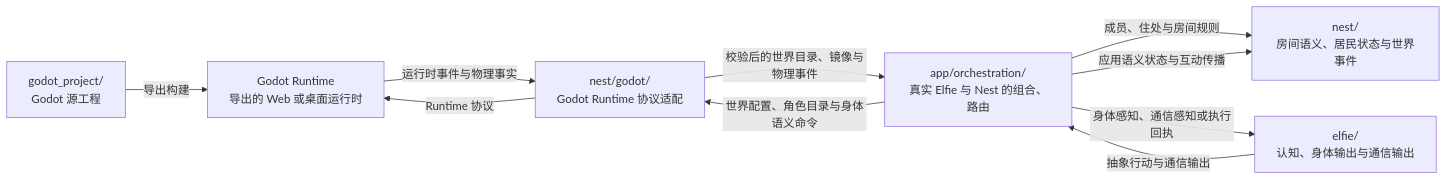
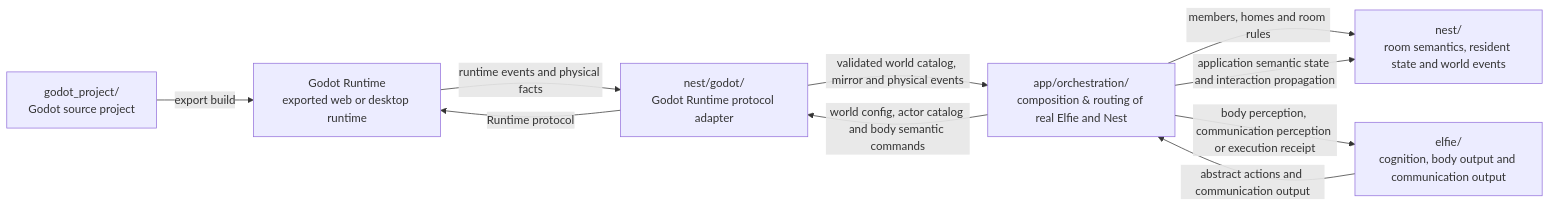
The diagram in docs/developer/architecture.md (elfie-univ/ElfieNest), drawn with Mermaid before and after one commit. The commit also changed other lines of this file and 78 other files, not shown here.

````diff
--- a/docs/developer/architecture.md
+++ b/docs/developer/architecture.md
@@ -56,19 +63,19 @@
 ```mermaid
 flowchart LR
-    Source["godot_project/<br/>Godot 源工程"]
-    Runtime["Godot Runtime<br/>导出的 Web 或桌面运行时"]
-    Elfie["elfie/<br/>认知、身体输出与通信输出"]
-    Orchestration["app/orchestration/<br/>真实 Elfie 与 Nest 的组合、路由"]
-    Nest["nest/<br/>房间语义、居民状态与世界事件"]
-    Adapter["nest/godot/<br/>Godot Runtime 协议适配"]
+    Source["godot_project/<br/>Godot source project"]
+    Runtime["Godot Runtime<br/>exported web or desktop runtime"]
+    Elfie["elfie/<br/>cognition, body output and communication output"]
+    Orchestration["app/orchestration/<br/>composition & routing of real Elfie and Nest"]
+    Nest["nest/<br/>room semantics, resident state and world events"]
+    Adapter["nest/godot/<br/>Godot Runtime protocol adapter"]
 
-    Source -->|"导出构建"| Runtime
-    Elfie -->|"抽象行动与通信输出"| Orchestration
-    Orchestration -->|"成员、住处与房间规则"| Nest
-    Orchestration -->|"世界配置、角色目录与身体语义命令"| Adapter
-    Adapter -->|"Runtime 协议"| Runtime
-    Runtime -->|"运行时事件与物理事实"| Adapter
-    Adapter -->|"校验后的世界目录、镜像与物理事件"| Orchestration
-    Orchestration -->|"应用语义状态与互动传播"| Nest
-    Orchestration -->|"身体感知、通信感知或执行回执"| Elfie
+    Source -->|"export build"| Runtime
+    Elfie -->|"abstract actions and communication output"| Orchestration
+    Orchestration -->|"members, homes and room rules"| Nest
+    Orchestration -->|"world config, actor catalog and body semantic commands"| Adapter
+    Adapter -->|"Runtime protocol"| Runtime
+    Runtime -->|"runtime events and physical facts"| Adapter
+    Adapter -->|"validated world catalog, mirror and physical events"| Orchestration
+    Orchestration -->|"application semantic state and interaction propagation"| Nest
+    Orchestration -->|"body perception, communication perception or execution receipt"| Elfie
 ```
````
